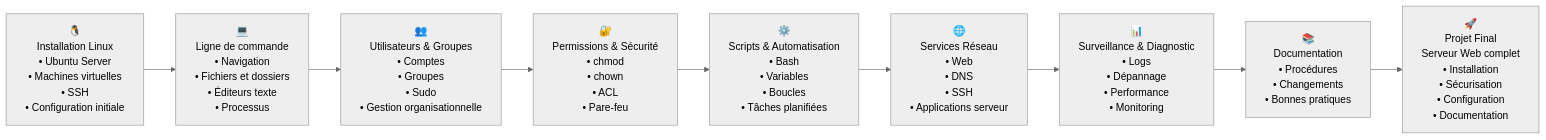
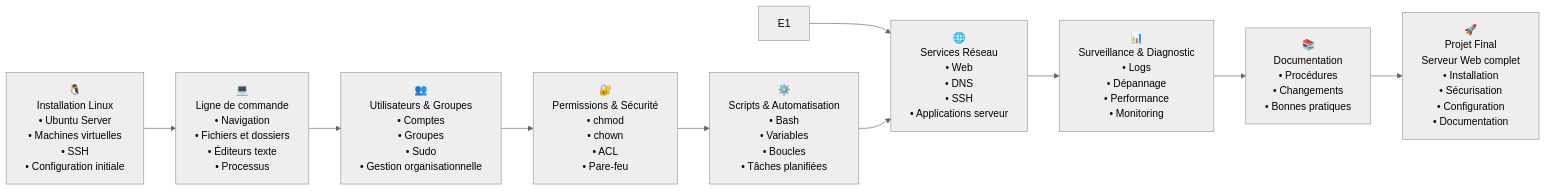
Before and after one commit to CollegeBoreal/INF1085-201-26A-04: the third of 4 diagrams in 0.PlanDeCours/README.md, drawn with Mermaid (neutral theme).

Commit message:
Update flowchart connections in README.md

````diff
--- a/0.PlanDeCours/README.md
+++ b/0.PlanDeCours/README.md
@@ -108,75 +108,77 @@
 ```mermaid
 flowchart LR
 
 A["🐧
 Installation Linux
 • Ubuntu Server
 • Machines virtuelles
 • SSH
 • Configuration initiale
 "]
 
 --> B["💻
 Ligne de commande
 • Navigation
 • Fichiers et dossiers
 • Éditeurs texte
 • Processus
 "]
 
 B --> C["👥
 Utilisateurs & Groupes
 • Comptes
 • Groupes
 • Sudo
 • Gestion organisationnelle
 "]
 
 C --> D["🔐
 Permissions & Sécurité
 • chmod
 • chown
 • ACL
 • Pare-feu
 "]
 
-D --> E["⚙️
+D --> E2["⚙️
 Scripts & Automatisation
 • Bash
 • Variables
 • Boucles
 • Tâches planifiées
 "]
 
-E --> F["🌐
+E1 --> F["🌐
 Services Réseau
 • Web
 • DNS
 • SSH
 • Applications serveur
 "]
+
+E2 --> F
 
 F --> G["📊
 Surveillance & Diagnostic
 • Logs
 • Dépannage
 • Performance
 • Monitoring
 "]
 
 G --> H["📚
 Documentation
 • Procédures
 • Changements
 • Bonnes pratiques
 "]
 
 H --> I["🚀
 Projet Final
 Serveur Web complet
 • Installation
 • Sécurisation
 • Configuration
 • Documentation
 "]
 ```
````
